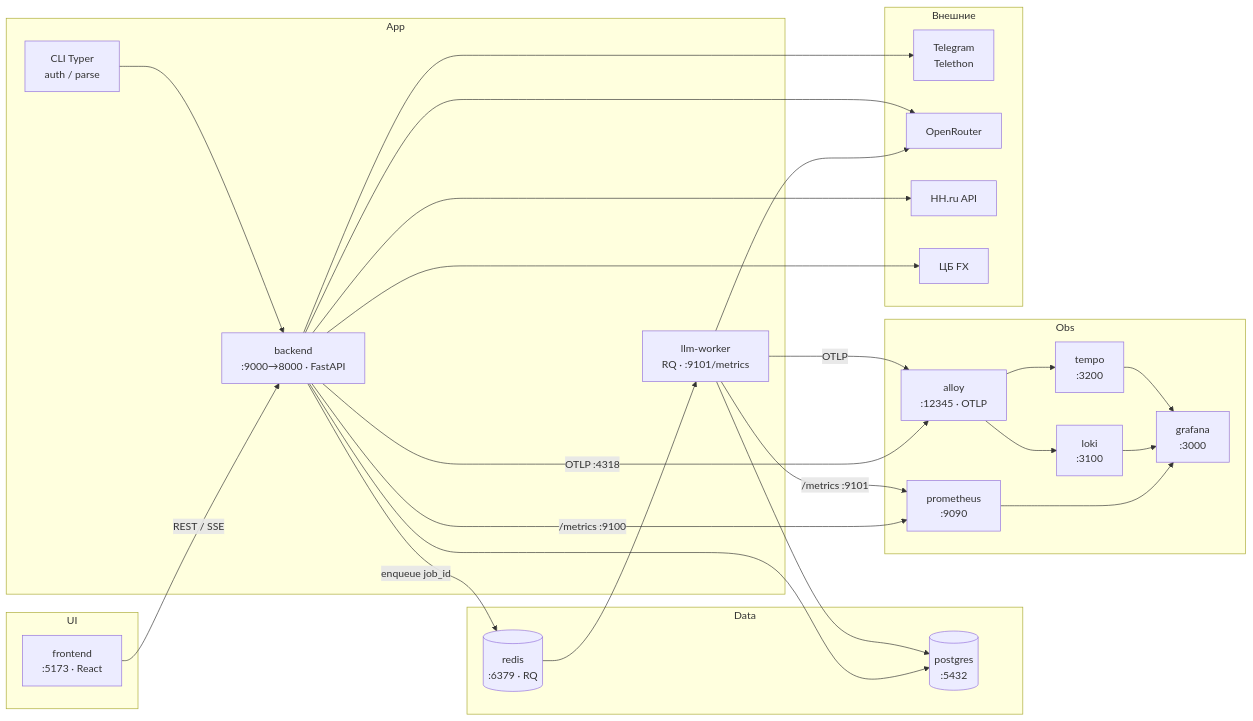
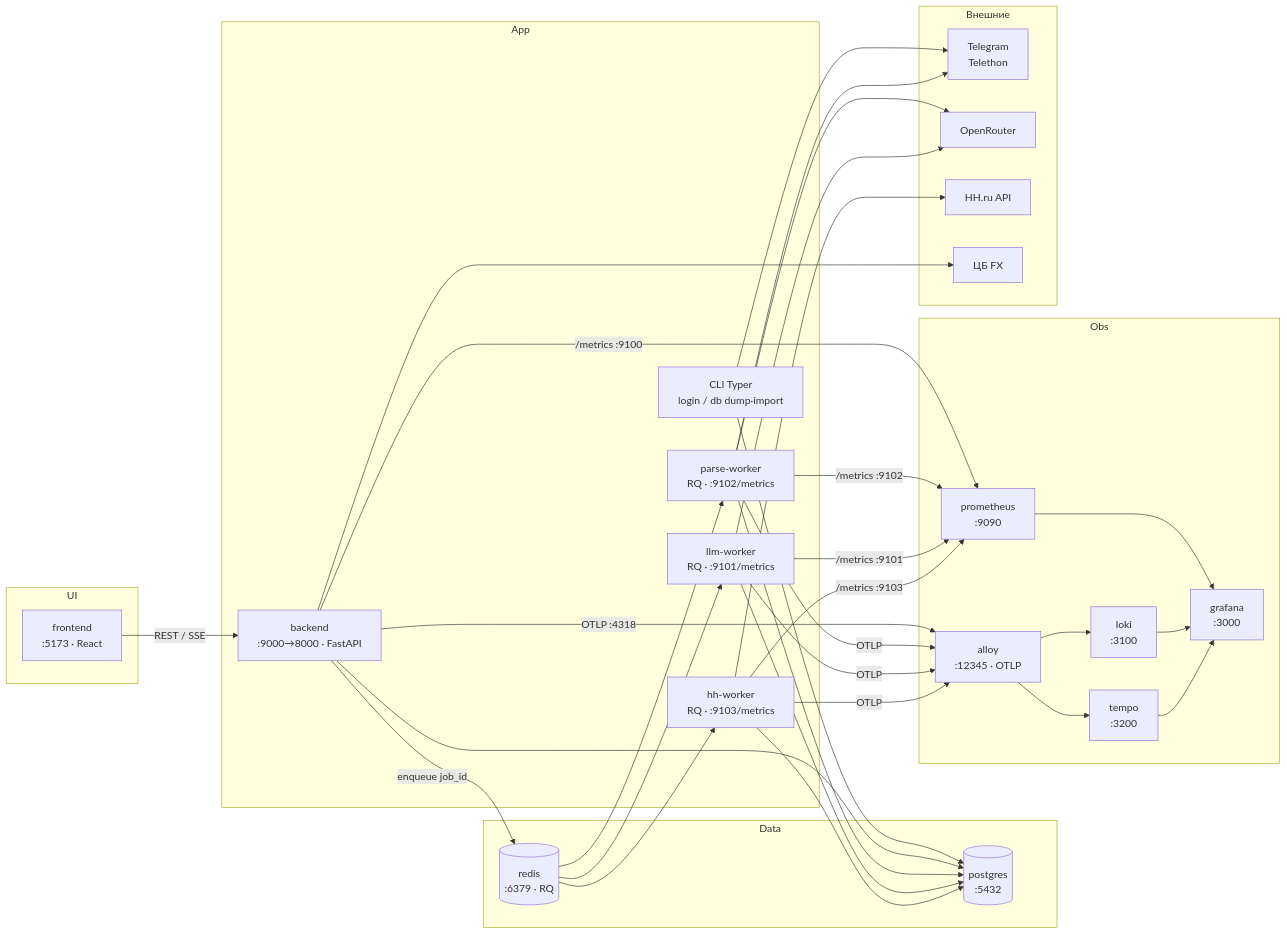
The diagram in docs/architecture/architecture-by-services.md (Kickgodx/tg-channels-vacancy-parser), drawn with Mermaid before and after one commit. The commit also changed other lines of this file and 5 other files, not shown here.

````diff
--- a/docs/architecture/architecture-by-services.md
+++ b/docs/architecture/architecture-by-services.md
@@ -5,53 +5,64 @@
 ```mermaid
 flowchart LR
   subgraph UI
     FE["frontend<br/>:5173 · React"]
   end
 
   subgraph App
     BE["backend<br/>:9000→8000 · FastAPI"]
+    PW["parse-worker<br/>RQ · :9102/metrics"]
     W["llm-worker<br/>RQ · :9101/metrics"]
-    CLI["CLI Typer<br/>auth / parse"]
+    HW["hh-worker<br/>RQ · :9103/metrics"]
+    CLI["CLI Typer<br/>login / db dump·import"]
   end
 
   subgraph Data
     PG[("postgres<br/>:5432")]
     RD[("redis<br/>:6379 · RQ")]
   end
 
   subgraph Obs
     PROM["prometheus<br/>:9090"]
     ALLOY["alloy<br/>:12345 · OTLP"]
     LOKI["loki<br/>:3100"]
     TEMPO["tempo<br/>:3200"]
     GRAF["grafana<br/>:3000"]
   end
 
   subgraph Ext["Внешние"]
     TG["Telegram<br/>Telethon"]
     OR["OpenRouter"]
     HH["HH.ru API"]
     CBR["ЦБ FX"]
   end
 
   FE -->|"REST / SSE"| BE
-  CLI --> BE
+  CLI --> PG
+  CLI --> TG
   BE --> PG
   BE -->|enqueue job_id| RD
+  RD --> PW
   RD --> W
+  RD --> HW
+  PW --> PG
   W --> PG
+  HW --> PG
+  PW --> TG
+  PW --> OR
   W --> OR
-  BE --> TG
-  BE --> OR
-  BE --> HH
+  HW --> HH
   BE --> CBR
   BE -->|"/metrics :9100"| PROM
+  PW -->|"/metrics :9102"| PROM
   W -->|"/metrics :9101"| PROM
+  HW -->|"/metrics :9103"| PROM
   BE -->|"OTLP :4318"| ALLOY
+  PW -->|"OTLP"| ALLOY
   W -->|"OTLP"| ALLOY
+  HW -->|"OTLP"| ALLOY
   ALLOY --> LOKI
   ALLOY --> TEMPO
   PROM --> GRAF
   LOKI --> GRAF
   TEMPO --> GRAF
 ```
````
